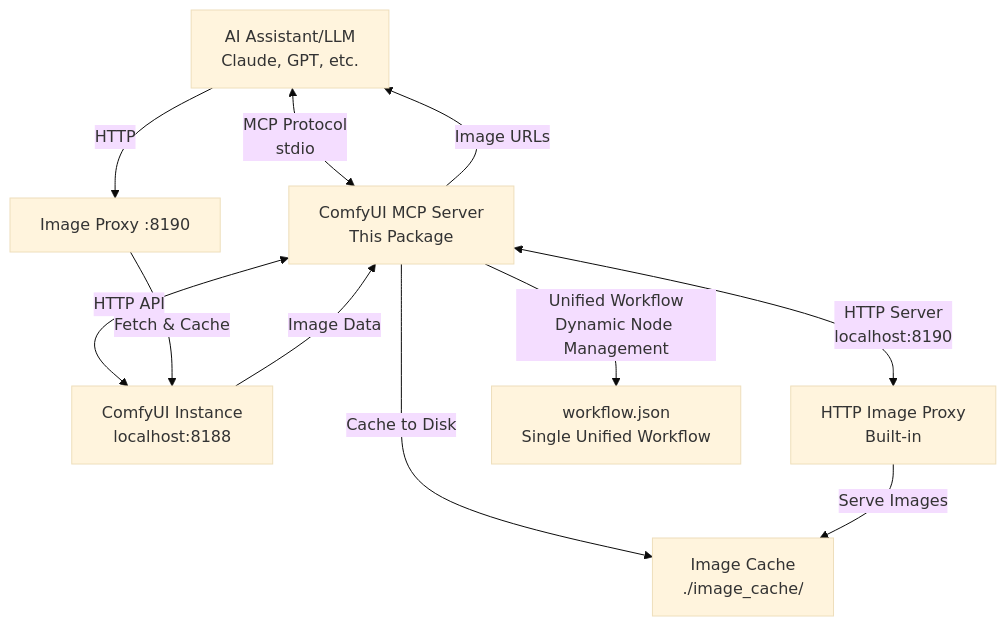
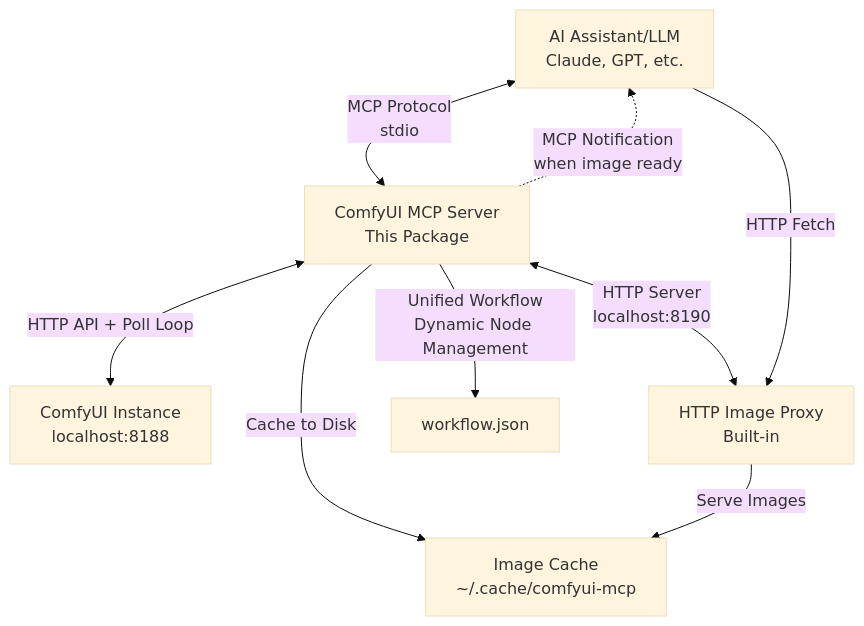
Before and after one commit to alecc08/comfyui-mcp: the diagram in README.md, drawn with Mermaid (base theme). The commit also changed other lines of this file and 13 other files, not shown here.

First line of the commit message:
feat!: Flux 2 Klein edit workflow + non-blocking generate_image (#6)

````diff
--- a/README.md
+++ b/README.md
@@ -23,13 +23,11 @@
 ```mermaid
 graph TB
     A[AI Assistant/LLM<br/>Claude, GPT, etc.] <-->|MCP Protocol<br/>stdio| B[ComfyUI MCP Server<br/>This Package]
-    B <-->|HTTP API| C[ComfyUI Instance<br/>localhost:8188]
-    C -->|Image Data| B
-    B -->|Cache to Disk| E[Image Cache<br/>./image_cache/]
+    B -.->|MCP Notification<br/>when image ready| A
+    B <-->|HTTP API + Poll Loop| C[ComfyUI Instance<br/>localhost:8188]
+    B -->|Cache to Disk| E[Image Cache<br/>~/.cache/comfyui-mcp]
     B <-->|HTTP Server<br/>localhost:8190| F[HTTP Image Proxy<br/>Built-in]
     F -->|Serve Images| E
-    B -->|Image URLs| A
-    A -->|HTTP| D[Image Proxy :8190]
-    D -->|Fetch & Cache| C
-    B -->|Unified Workflow<br/>Dynamic Node Management| G[workflow.json<br/>Single Unified Workflow]
+    A -->|HTTP Fetch| F
+    B -->|Unified Workflow<br/>Dynamic Node Management| G[workflow.json]
 ```
````
